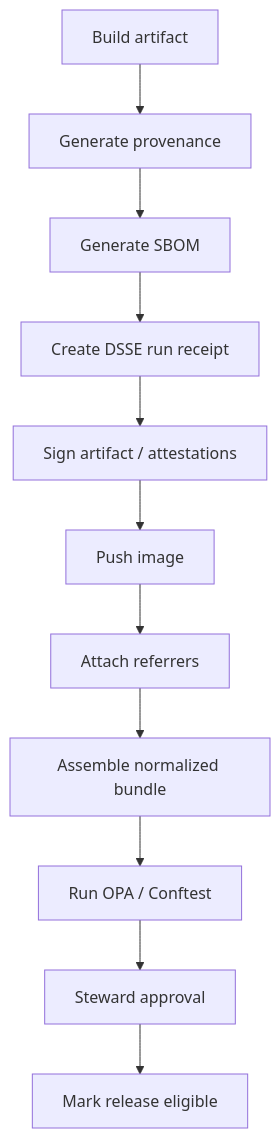
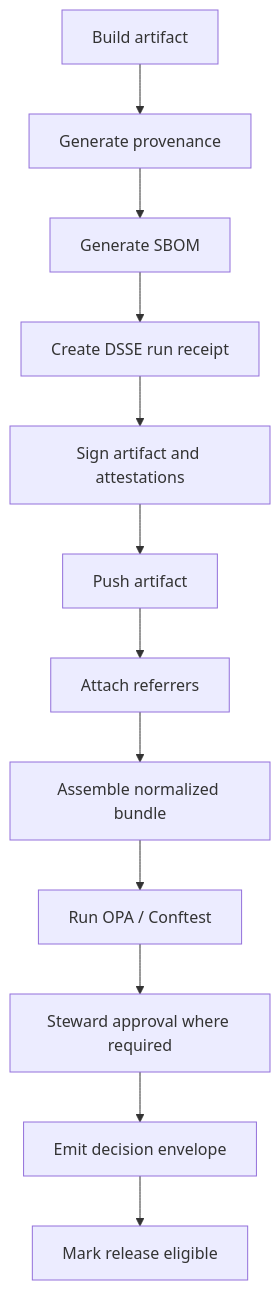
The second of 3 diagrams in docs/security/promotion-contract.md (bartytime4life/Kansas-Frontier-Matrix), drawn with Mermaid before and after one commit. The commit also changed other lines of this file, not shown here.

````diff
--- a/docs/security/promotion-contract.md
+++ b/docs/security/promotion-contract.md
@@ -486,13 +597,14 @@
 ```mermaid
 flowchart TD
   A[Build artifact] --> B[Generate provenance]
   B --> C[Generate SBOM]
   C --> D[Create DSSE run receipt]
-  D --> E[Sign artifact / attestations]
-  E --> F[Push image]
+  D --> E[Sign artifact and attestations]
+  E --> F[Push artifact]
   F --> G[Attach referrers]
   G --> H[Assemble normalized bundle]
   H --> I[Run OPA / Conftest]
-  I --> J[Steward approval]
-  J --> K[Mark release eligible]
+  I --> J[Steward approval where required]
+  J --> K[Emit decision envelope]
+  K --> L[Mark release eligible]
 ```
````
